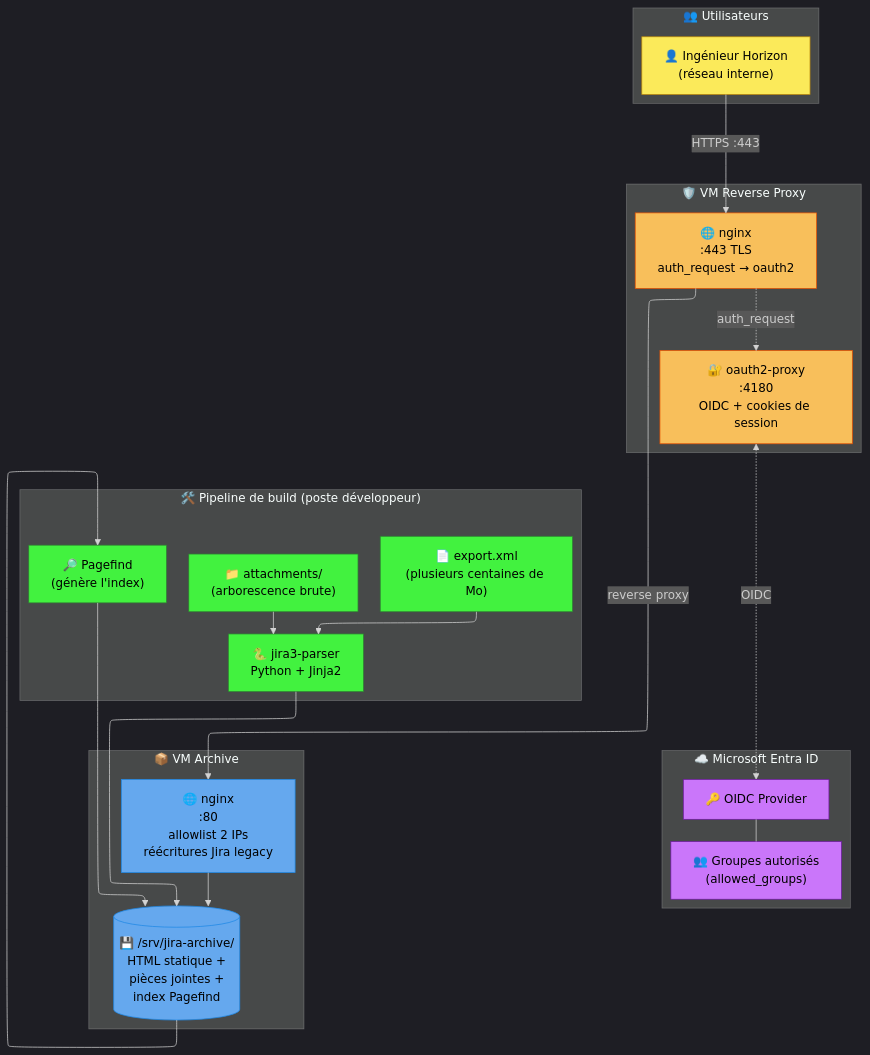
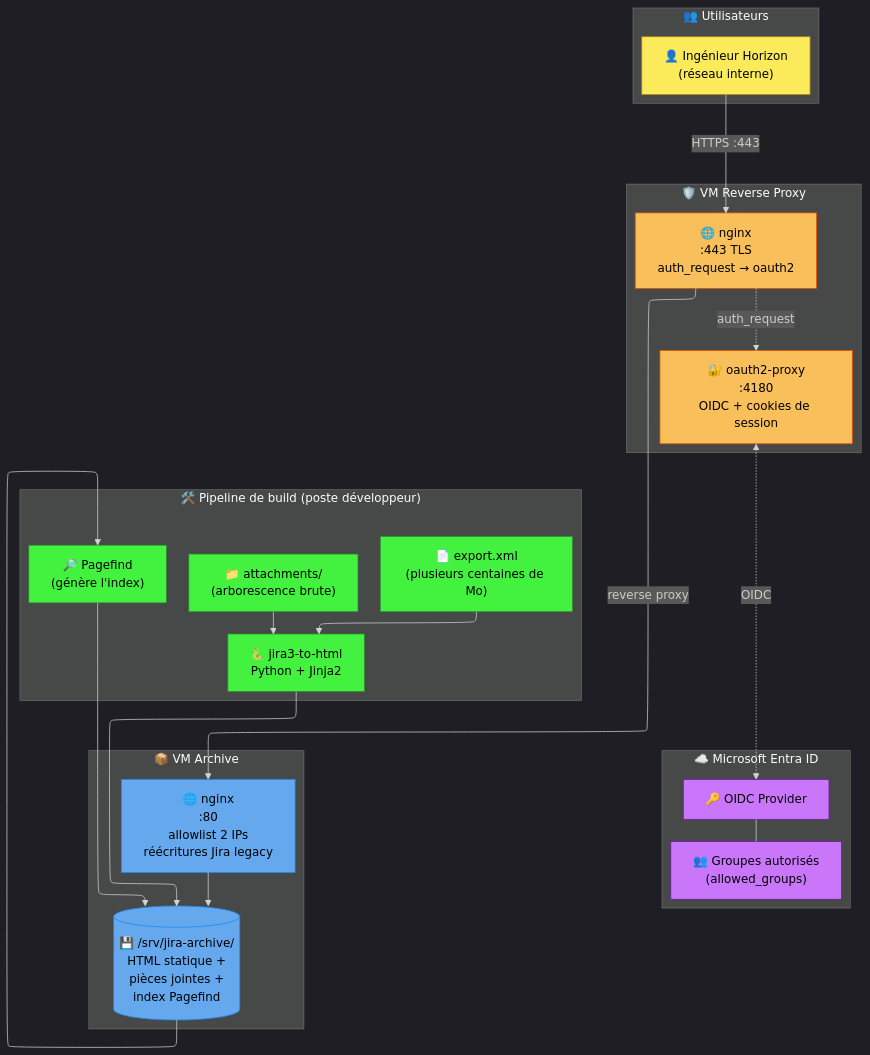
Before and after one commit to wblondel/blog: the first of 5 diagrams in src/content/projects/fr/archive-jira-statique.md, drawn with Mermaid. The commit also changed other lines of this file, not shown here.

Commit message:
docs: rename project from jira3-parser to jira3-to-html in documentation

````diff
--- a/src/content/projects/fr/archive-jira-statique.md
+++ b/src/content/projects/fr/archive-jira-statique.md
@@ -54,58 +54,58 @@
 ```mermaid
 ---
 config:
   layout: elk
   theme: dark
 ---
 flowchart TB
     subgraph users["👥 Utilisateurs"]
         U1["👤 Ingénieur Horizon<br/>(réseau interne)"]
     end
 
     subgraph entra["☁️ Microsoft Entra ID"]
         ENTRA["🔑 OIDC Provider<br/>"]
         GRP["👥 Groupes autorisés<br/>(allowed_groups)"]
     end
 
     subgraph rev["🛡️ VM Reverse Proxy"]
         NGINX_REV["🌐 nginx<br/>:443 TLS<br/>auth_request → oauth2"]
         OAUTH["🔐 oauth2-proxy<br/>:4180<br/>OIDC + cookies de session"]
     end
 
     subgraph backend["📦 VM Archive"]
         NGINX_BACK["🌐 nginx<br/>:80<br/>allowlist 2 IPs<br/>réécritures Jira legacy"]
         FS[("💾 /srv/jira-archive/<br/>HTML statique +<br/>pièces jointes +<br/>index Pagefind")]
     end
 
     subgraph build["🛠️ Pipeline de build (poste développeur)"]
         XML["📄 export.xml<br/>(plusieurs centaines de Mo)"]
         ATT["📁 attachments/<br/>(arborescence brute)"]
-        PARSER["🐍 jira3-parser<br/>Python + Jinja2"]
+        PARSER["🐍 jira3-to-html<br/>Python + Jinja2"]
         PAGEFIND["🔎 Pagefind<br/>(génère l'index)"]
     end
 
     XML --> PARSER
     ATT --> PARSER
     PARSER --> FS
     FS --> PAGEFIND
     PAGEFIND --> FS
 
     U1 -->|HTTPS :443| NGINX_REV
     NGINX_REV -.auth_request.-> OAUTH
     OAUTH <-.OIDC.-> ENTRA
     ENTRA --- GRP
     NGINX_REV -->|reverse proxy| NGINX_BACK
     NGINX_BACK --> FS
 
     classDef user fill:#FBEA5A,stroke:#b8860b,color:#000
     classDef rev fill:#F8BF5B,stroke:#e65100,color:#000
     classDef back fill:#65A8EE,stroke:#1e88e5,color:#000
     classDef build fill:#42F23F,stroke:#2e7d32,color:#000
     classDef ent fill:#CA76FA,stroke:#6a1b9a,color:#000
 
     class U1 user
     class NGINX_REV,OAUTH rev
     class NGINX_BACK,FS back
     class XML,ATT,PARSER,PAGEFIND build
     class ENTRA,GRP ent
 ```
````
